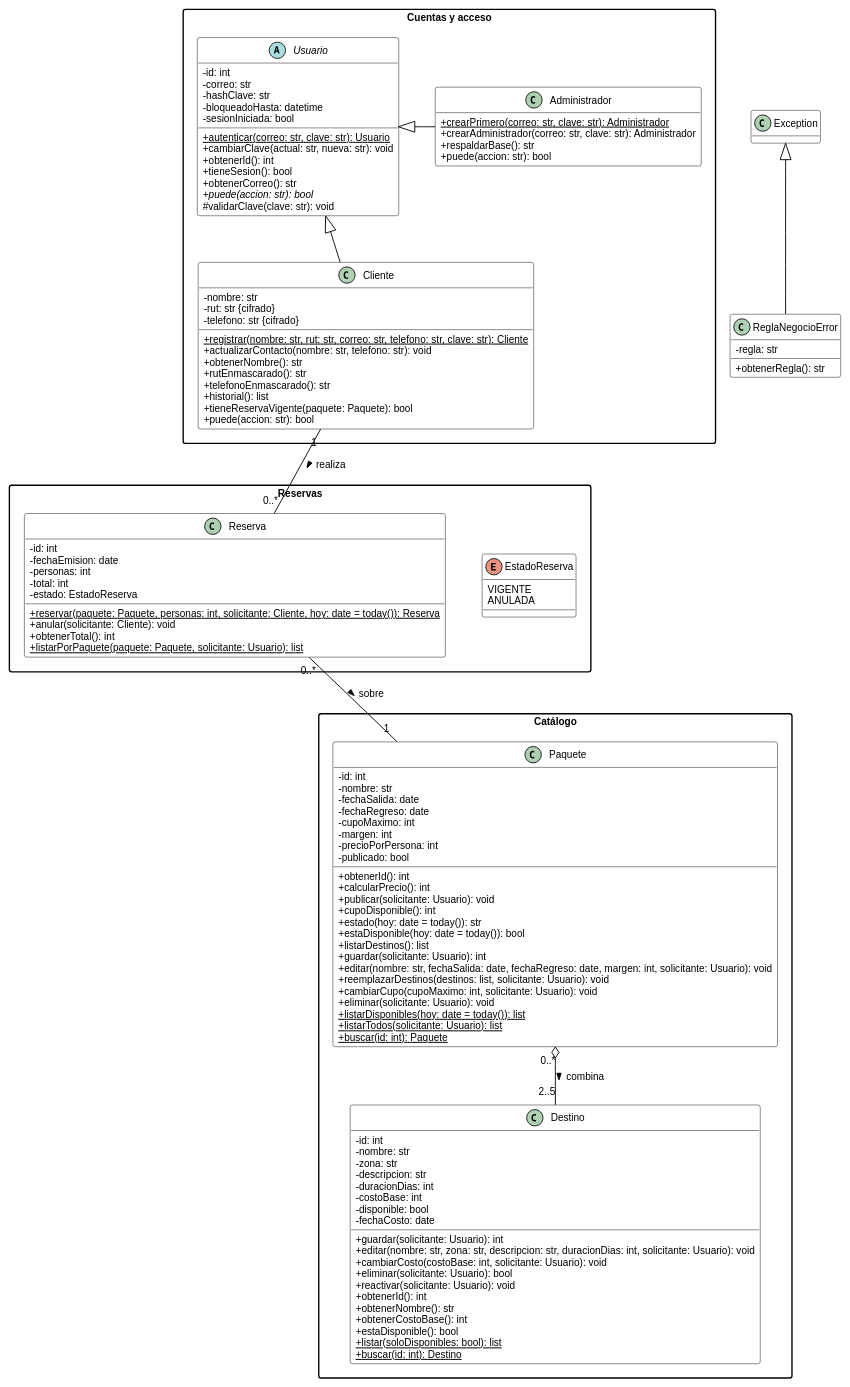
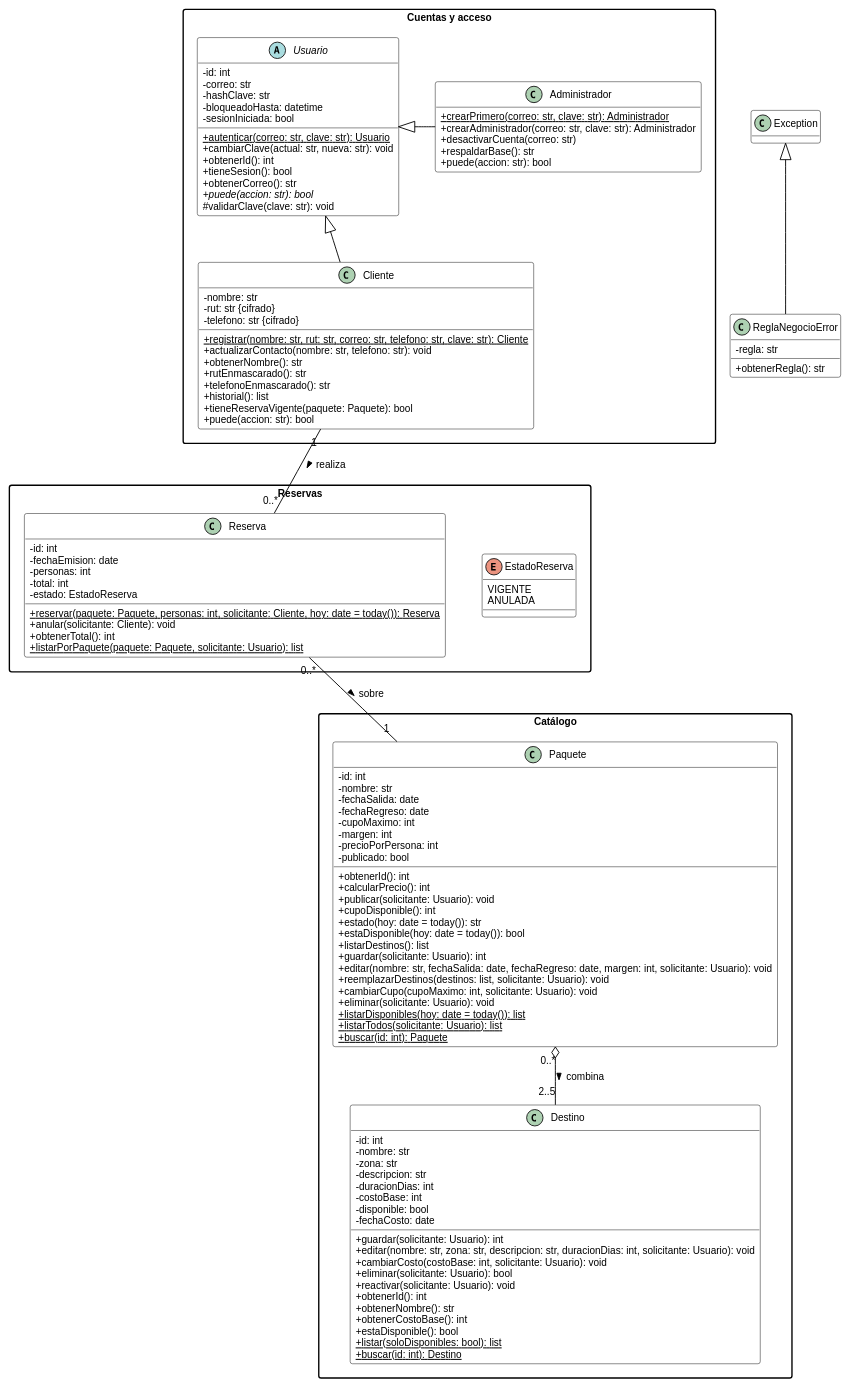
One commit to leonardoguerrerodev/POO-Viajes-Aventura changed the diagram in diagramas/clases.puml. Above: the diagram before and after it, drawn with PlantUML. The commit also changed 5 other files, not shown here.

```diff
--- a/diagramas/clases.puml
+++ b/diagramas/clases.puml
@@ -1,144 +1,145 @@
 @startuml clases
 ' Diagrama de clases de Viajes Aventura (paso 5 del plan). Convención de la ES1: nombres en camelCase,
 ' privado con «-», protegido con «#», sin constructor, «void» cuando no devuelve nada. El código usa
-' snake_case y herramientas/uml_vs_codigo.py convierte uno en otro para compararlos.
+' snake_case, y pruebas/verificar.py (sección «uml») convierte uno en otro para compararlos.
 skinparam classAttributeIconSize 0
 skinparam defaultFontName "Liberation Sans"
 skinparam defaultFontSize 11
 skinparam shadowing false
 skinparam packageStyle rectangle
 skinparam class {
   BackgroundColor white
   BorderColor black
   ArrowColor black
 }
 skinparam note {
   BackgroundColor #f6f6f6
   BorderColor #666666
 }
 hide empty fields
 skinparam nodesep 40
 skinparam ranksep 50
 
 package "Cuentas y acceso" {
   abstract class Usuario {
     - id: int
     - correo: str
     - hashClave: str
     - bloqueadoHasta: datetime
     - sesionIniciada: bool
     + {static} autenticar(correo: str, clave: str): Usuario
     + cambiarClave(actual: str, nueva: str): void
     + obtenerId(): int
     + tieneSesion(): bool
     + obtenerCorreo(): str
     + {abstract} puede(accion: str): bool
     # validarClave(clave: str): void
   }
 
   class Cliente {
     - nombre: str
     - rut: str {cifrado}
     - telefono: str {cifrado}
     + {static} registrar(nombre: str, rut: str, correo: str, telefono: str, clave: str): Cliente
     + actualizarContacto(nombre: str, telefono: str): void
     + obtenerNombre(): str
     + rutEnmascarado(): str
     + telefonoEnmascarado(): str
     + historial(): list
     + tieneReservaVigente(paquete: Paquete): bool
     + puede(accion: str): bool
   }
 
   class Administrador {
     + {static} crearPrimero(correo: str, clave: str): Administrador
     + crearAdministrador(correo: str, clave: str): Administrador
+    + desactivarCuenta(correo: str)
     + respaldarBase(): str
     + puede(accion: str): bool
   }
 }
 
 package "Catálogo" {
   class Destino {
     - id: int
     - nombre: str
     - zona: str
     - descripcion: str
     - duracionDias: int
     - costoBase: int
     - disponible: bool
     - fechaCosto: date
     + guardar(solicitante: Usuario): int
     + editar(nombre: str, zona: str, descripcion: str, duracionDias: int, solicitante: Usuario): void
     + cambiarCosto(costoBase: int, solicitante: Usuario): void
     + eliminar(solicitante: Usuario): bool
     + reactivar(solicitante: Usuario): void
     + obtenerId(): int
     + obtenerNombre(): str
     + obtenerCostoBase(): int
     + estaDisponible(): bool
     + {static} listar(soloDisponibles: bool): list
     + {static} buscar(id: int): Destino
   }
 
   class Paquete {
     - id: int
     - nombre: str
     - fechaSalida: date
     - fechaRegreso: date
     - cupoMaximo: int
     - margen: int
     - precioPorPersona: int
     - publicado: bool
     + obtenerId(): int
     + calcularPrecio(): int
     + publicar(solicitante: Usuario): void
     + cupoDisponible(): int
     + estado(hoy: date = today()): str
     + estaDisponible(hoy: date = today()): bool
     + listarDestinos(): list
     + guardar(solicitante: Usuario): int
     + editar(nombre: str, fechaSalida: date, fechaRegreso: date, margen: int, solicitante: Usuario): void
     + reemplazarDestinos(destinos: list, solicitante: Usuario): void
     + cambiarCupo(cupoMaximo: int, solicitante: Usuario): void
     + eliminar(solicitante: Usuario): void
     + {static} listarDisponibles(hoy: date = today()): list
     + {static} listarTodos(solicitante: Usuario): list
     + {static} buscar(id: int): Paquete
   }
 }
 
 package "Reservas" {
   class Reserva {
     - id: int
     - fechaEmision: date
     - personas: int
     - total: int
     - estado: EstadoReserva
     + {static} reservar(paquete: Paquete, personas: int, solicitante: Cliente, hoy: date = today()): Reserva
     + anular(solicitante: Cliente): void
     + obtenerTotal(): int
     + {static} listarPorPaquete(paquete: Paquete, solicitante: Usuario): list
   }
 
   enum EstadoReserva {
     VIGENTE
     ANULADA
   }
 }
 
 class ReglaNegocioError {
   - regla: str
   + obtenerRegla(): str
 }
 
 Usuario <|-- Cliente
 Usuario <|-right- Administrador
 Cliente "1" -down- "0..*" Reserva : realiza >
 Reserva -[hidden]right- EstadoReserva
 Administrador -[hidden]right- Paquete
 Paquete "0..*" o-down- "2..5" Destino : combina >
 Reserva "0..*" -- "1" Paquete : sobre >
 Exception <|-- ReglaNegocioError
 
 @enduml
```
